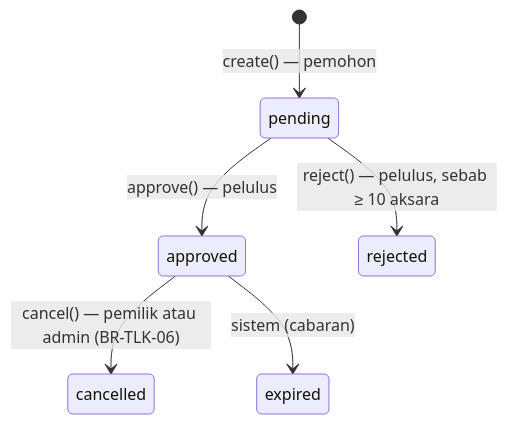
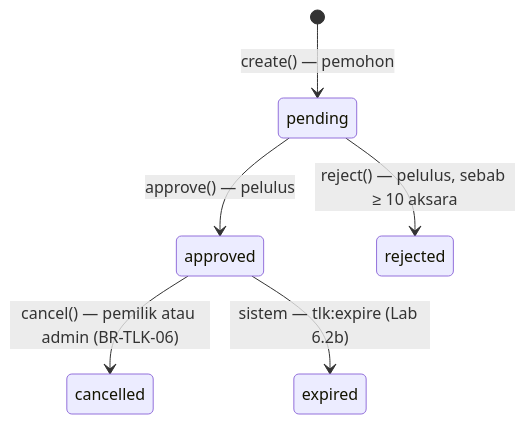
The third of 3 diagrams in hari-6/README.md (habibtalib/coach-codeigniter-10-hari-kkm-peserta), drawn with Mermaid before and after one commit. The commit also changed other lines of this file and 23 other files, not shown here.

````diff
--- a/hari-6/README.md
+++ b/hari-6/README.md
@@ -297,8 +305,8 @@
 ```mermaid
 stateDiagram-v2
     [*] --> pending : create() — pemohon
     pending --> approved : approve() — pelulus
     pending --> rejected : reject() — pelulus, sebab ≥ 10 aksara
     approved --> cancelled : cancel() — pemilik atau admin (BR-TLK-06)
-    approved --> expired : sistem (cabaran)
+    approved --> expired : sistem — tlk:expire (Lab 6.2b)
 ```
````
